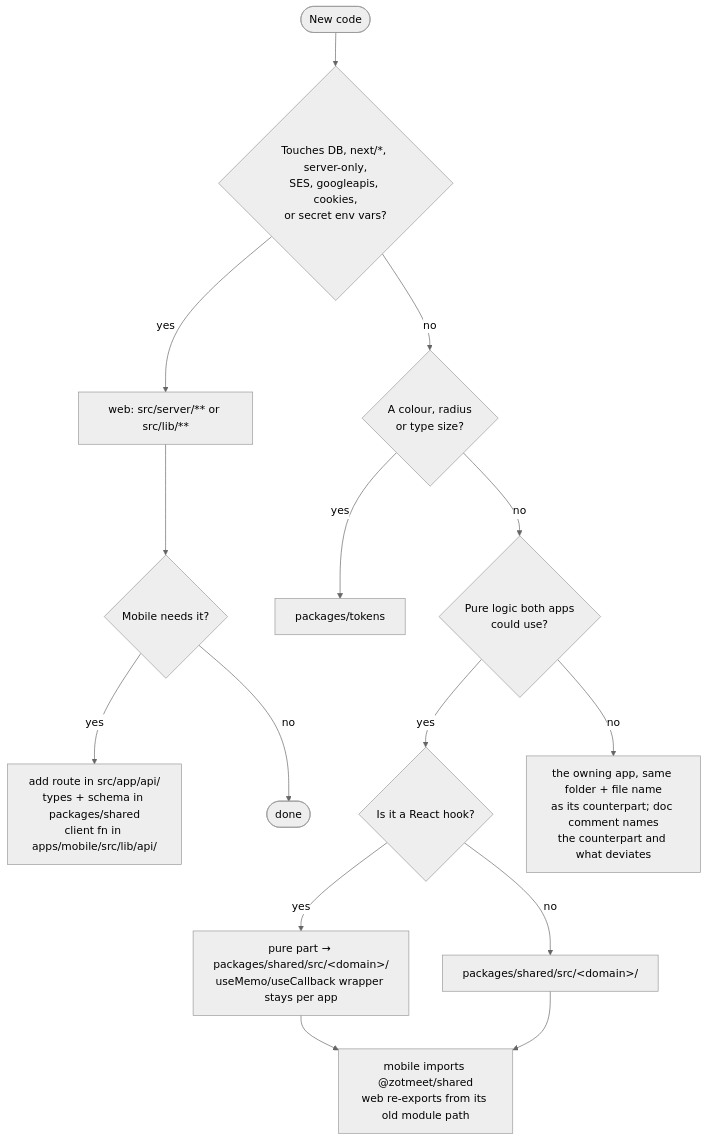
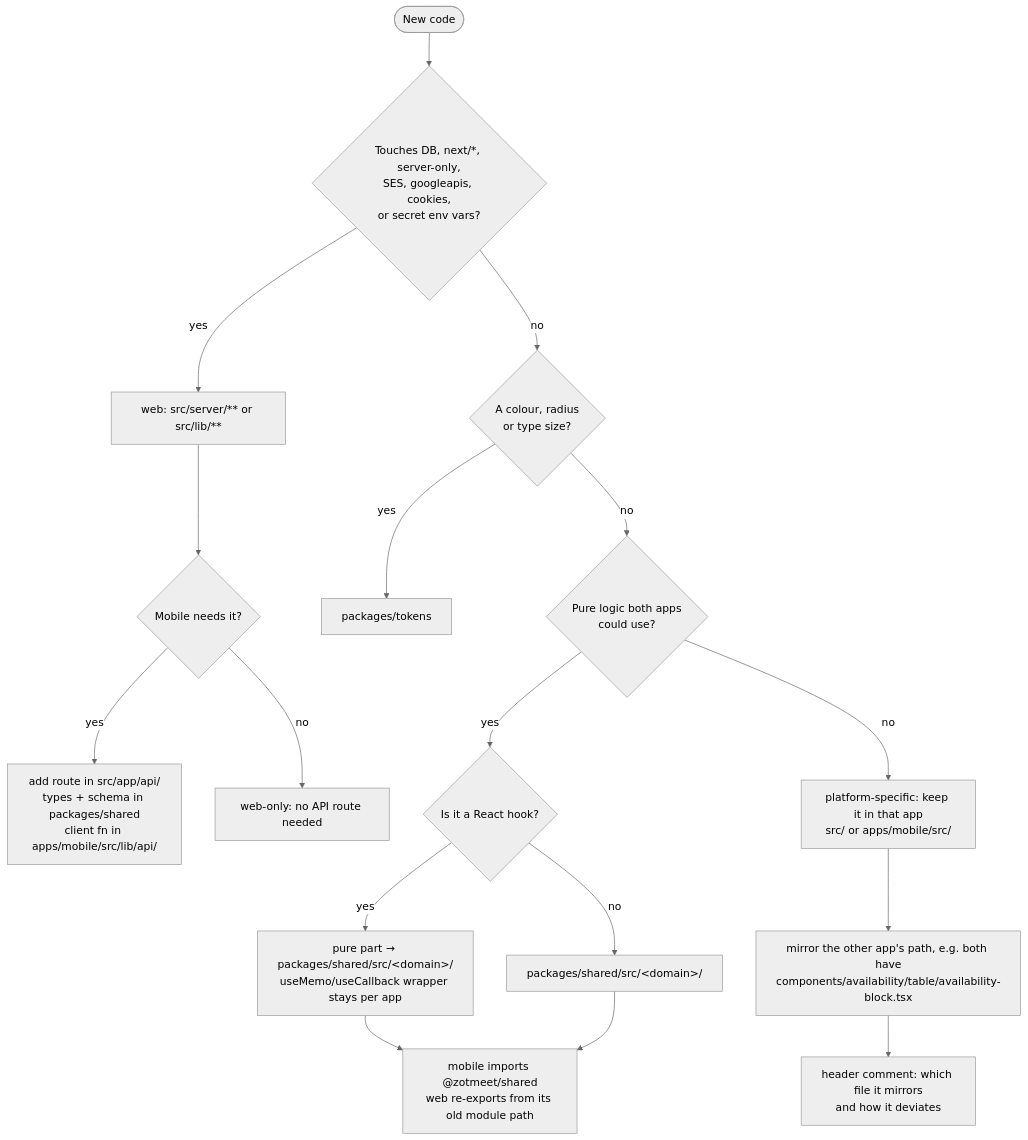
One commit to icssc/ZotMeet changed the diagram in CLAUDE.md. Above: the diagram before and after it, drawn with Mermaid (neutral theme).

Commit message:
fix: 🐛 mermaid diagram

````diff
--- a/CLAUDE.md
+++ b/CLAUDE.md
@@ -24,17 +24,19 @@
 ```mermaid
 flowchart TD
     A([New code]) --> B{Touches DB, next/*, server-only,<br/>SES, googleapis, cookies,<br/>or secret env vars?}
     B -- yes --> W[web: src/server/** or src/lib/**]
     W --> W2{Mobile needs it?}
     W2 -- yes --> API[add route in src/app/api/<br/>types + schema in packages/shared<br/>client fn in apps/mobile/src/lib/api/]
-    W2 -- no --> DONE1([done])
+    W2 -- no --> WO[web-only: no API route needed]
     B -- no --> C{A colour, radius<br/>or type size?}
     C -- yes --> T[packages/tokens]
     C -- no --> D{Pure logic both apps<br/>could use?}
     D -- yes --> E{Is it a React hook?}
     E -- yes --> H[pure part → packages/shared/src/#lt;domain#gt;/<br/>useMemo/useCallback wrapper stays per app]
     E -- no --> S[packages/shared/src/#lt;domain#gt;/]
     H --> S2
     S --> S2[mobile imports @zotmeet/shared<br/>web re-exports from its old module path]
-    D -- no --> P[the owning app, same folder + file name<br/>as its counterpart; doc comment names<br/>the counterpart and what deviates]
+    D -- no --> P[platform-specific: keep it in that app<br/>src/ or apps/mobile/src/]
+    P --> P2[mirror the other app's path, e.g. both have<br/>components/availability/table/availability-block.tsx]
+    P2 --> P3[header comment: which file it mirrors<br/>and how it deviates]
 ```
````
